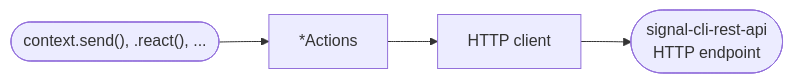
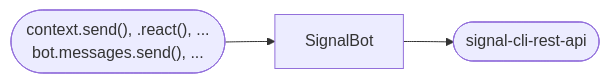
Before and after one commit to signalbot-org/signalbot: the second of 3 diagrams in docs/02_concepts.md, drawn with Mermaid. The commit also changed other lines of this file and 14 other files, not shown here.

````diff
--- a/docs/02_concepts.md
+++ b/docs/02_concepts.md
@@ -24,7 +25,6 @@
 ```mermaid
 %%{init: {"flowchart": {"useMaxWidth": false}}}%%
 flowchart LR
-    Call(["context.send(), .react(), ..."]) --> Actions["*Actions"]
-    Actions --> Client["HTTP client"]
-    Client --> HTTP(["signal-cli-rest-api<br/>HTTP endpoint"])
+    Call(["context.send(), .react(), ...<br/>bot.messages.send(), ..."]) --> Bot["SignalBot"]
+    Bot --> API(["signal-cli-rest-api"])
 ```
````
